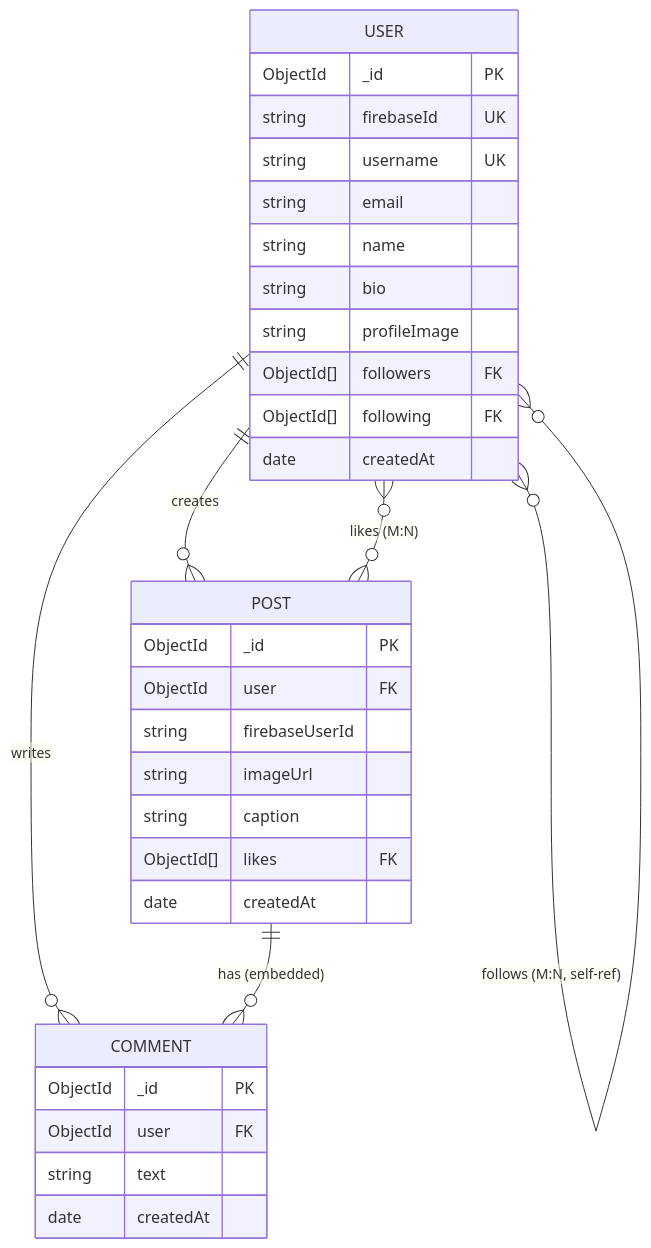
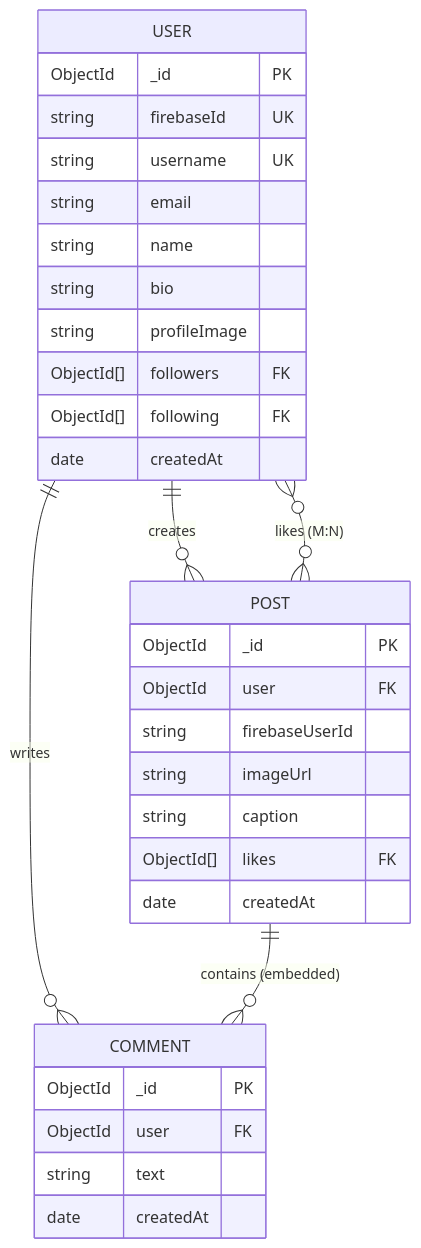
Before and after one commit to shreeRCode/Pawster: the second of 2 diagrams in README.md, drawn with Mermaid. The commit also changed other lines of this file, not shown here.

Commit message:
docs: clean up README (remove emojis, fix ER diagram + stale ML refs)

````diff
--- a/README.md
+++ b/README.md
@@ -66,36 +66,35 @@
 ```mermaid
 erDiagram
     USER ||--o{ POST : "creates"
     USER ||--o{ COMMENT : "writes"
-    POST ||--o{ COMMENT : "has (embedded)"
+    POST ||--o{ COMMENT : "contains (embedded)"
     USER }o--o{ POST : "likes (M:N)"
-    USER }o--o{ USER : "follows (M:N, self-ref)"
 
     USER {
         ObjectId _id PK
         string firebaseId UK
         string username UK
         string email
         string name
         string bio
         string profileImage
         ObjectId[] followers FK
         ObjectId[] following FK
         date createdAt
     }
     POST {
         ObjectId _id PK
         ObjectId user FK
         string firebaseUserId
         string imageUrl
         string caption
         ObjectId[] likes FK
         date createdAt
     }
     COMMENT {
         ObjectId _id PK
         ObjectId user FK
         string text
         date createdAt
     }
 ```
````
